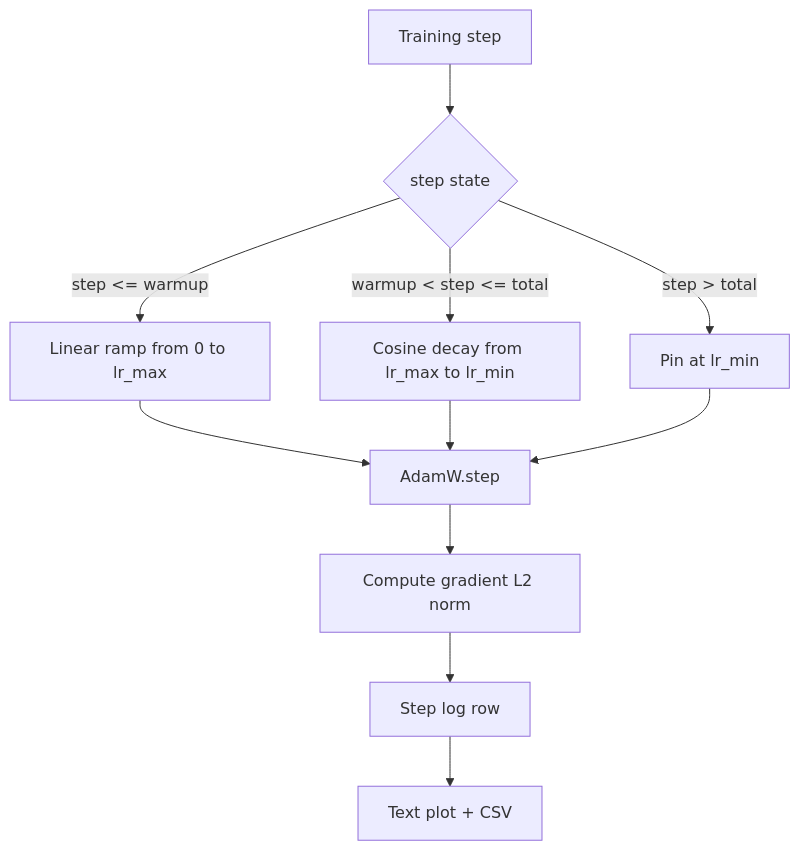
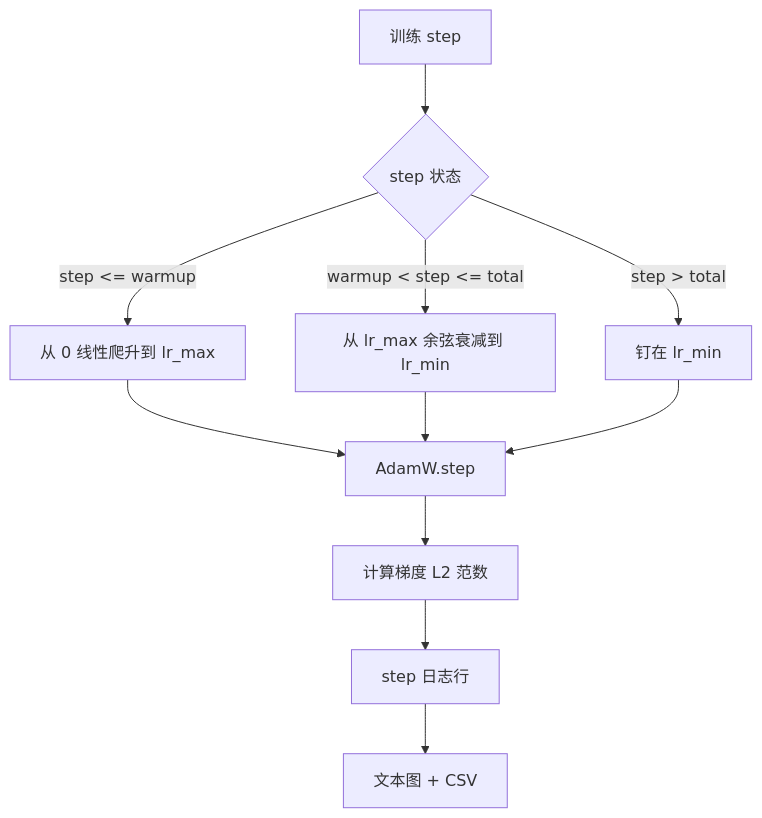
One commit to JerryC8080/ai-engineering-from-scratch-zh changed the diagram in phases/19-capstone-projects/44-cosine-lr-warmup/docs/zh.md. Above: the diagram before and after it, drawn with Mermaid. The commit also changed 156 other files, not shown here.

First line of the commit message:
i18n(zh): translate mermaid diagram labels in 157 lesson zh.md

````diff
--- a/phases/19-capstone-projects/44-cosine-lr-warmup/docs/zh.md
+++ b/phases/19-capstone-projects/44-cosine-lr-warmup/docs/zh.md
@@ -29,13 +29,13 @@
 ```mermaid
 flowchart TD
-  Step[Training step] --> Branch{step state}
-  Branch -- step <= warmup --> Linear[Linear ramp from 0 to lr_max]
-  Branch -- warmup < step <= total --> Cosine[Cosine decay from lr_max to lr_min]
-  Branch -- step > total --> Floor[Pin at lr_min]
+  Step[训练 step] --> Branch{step 状态}
+  Branch -- step <= warmup --> Linear[从 0 线性爬升到 lr_max]
+  Branch -- warmup < step <= total --> Cosine[从 lr_max 余弦衰减到 lr_min]
+  Branch -- step > total --> Floor[钉在 lr_min]
   Linear --> Apply[AdamW.step]
   Cosine --> Apply
   Floor --> Apply
-  Apply --> GradNorm[Compute gradient L2 norm]
-  GradNorm --> Log[Step log row]
-  Log --> Plot[Text plot + CSV]
+  Apply --> GradNorm[计算梯度 L2 范数]
+  GradNorm --> Log[step 日志行]
+  Log --> Plot[文本图 + CSV]
 ```
````
